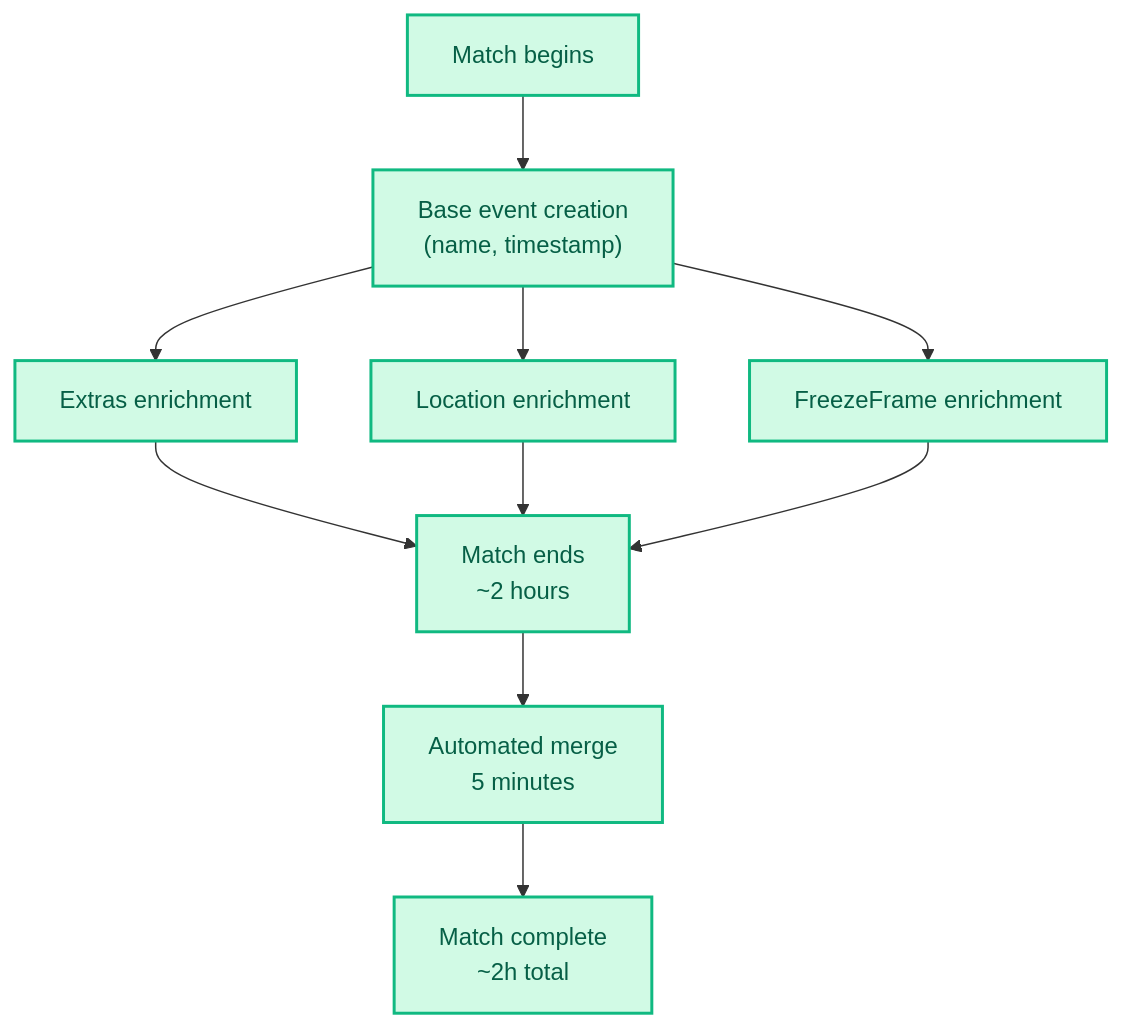
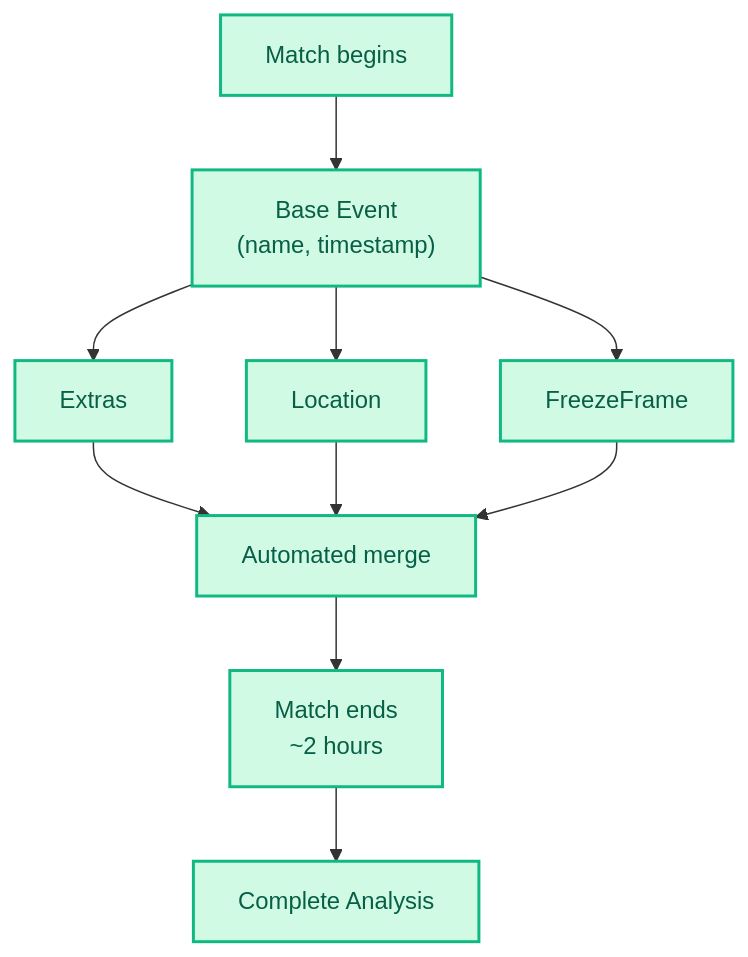
The second of 2 diagrams in src/pages/portfolio/statsbomb.mdx (saadshahd/saadshahd.github.io), drawn with Mermaid before and after one commit. The commit also changed other lines of this file, not shown here.

Commit message:
style(diagrams): reduce header-to-diagram spacing (mb-6 → mb-2)

````diff
--- a/src/pages/portfolio/statsbomb.mdx
+++ b/src/pages/portfolio/statsbomb.mdx
@@ -204,19 +203,17 @@
 ```mermaid
 graph TD
-    Start["Match begins"] --> Base["Base event creation
+    Start["Match begins"] --> Base["Base Event
     (name, timestamp)"]
-    Base --> E1["Extras enrichment"]
-    Base --> E2["Location enrichment"]
-    Base --> E3["FreezeFrame enrichment"]
-    E1 --> M["Match ends
-    ~2 hours"]
+    Base --> E1["Extras"]
+    Base --> E2["Location"]
+    Base --> E3["FreezeFrame"]
+    E1 --> M["Automated merge"]
     E2 --> M
     E3 --> M
-    M --> N["Automated merge
-    5 minutes"]
-    N --> O["Match complete
-    ~2h total"]
+    M --> N["Match ends
+    ~2 hours"]
+    N --> O["Complete Analysis"]
 
     classDef success fill:#D1FAE5,stroke:#10B981,stroke-width:2px,color:#065F46
     class Start,Base,E1,E2,E3,M,N,O success
 ```
````
